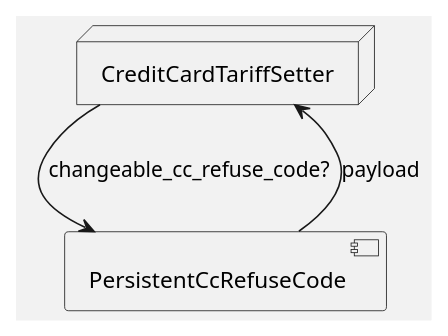
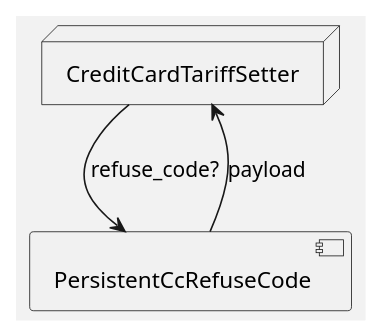
The third of 3 diagrams in module-vs-class/slides.md (sergio-fry/slides), drawn with PlantUML before and after one commit. The commit also changed other lines of this file, not shown here.

````diff
--- a/module-vs-class/slides.md
+++ b/module-vs-class/slides.md
@@ -347,15 +347,15 @@
 ```plantuml
 @startuml
 skinparam backgroundColor #f2f2f2
 
 node "CreditCardTariffSetter" {
 }
 
 [PersistentCcRefuseCode]
 
-CreditCardTariffSetter --> PersistentCcRefuseCode: changeable_cc_refuse_code?
+CreditCardTariffSetter --> PersistentCcRefuseCode: refuse_code?
 PersistentCcRefuseCode --> CreditCardTariffSetter: payload
 
 @enduml
 
 ```
````
